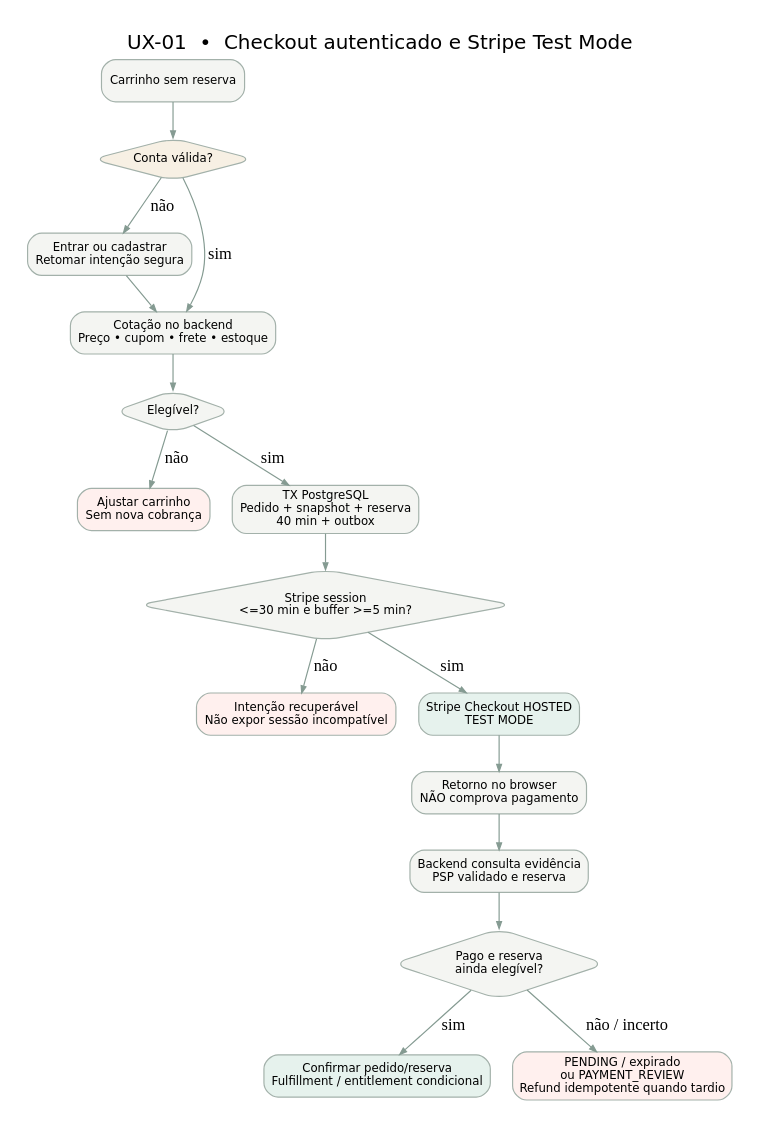
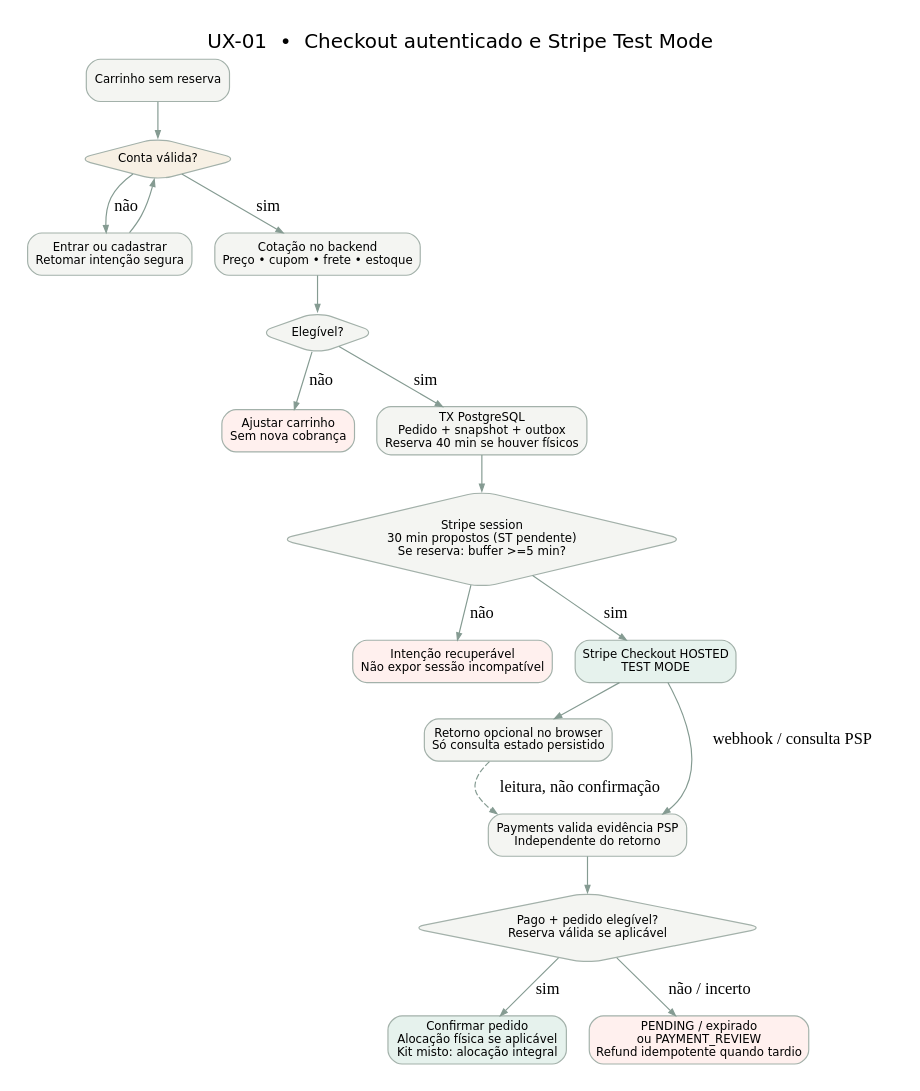
The diagram in docs/05-engineering/fd03/diagrams/UX-01-checkout-autenticado.dot (Igor475/atlas-commerce), drawn with Graphviz before and after one commit. The commit also changed 14 other files, not shown here.

```diff
--- a/docs/05-engineering/fd03/diagrams/UX-01-checkout-autenticado.dot
+++ b/docs/05-engineering/fd03/diagrams/UX-01-checkout-autenticado.dot
@@ -1,15 +1,17 @@
 digraph UX01 { graph [rankdir=TB bgcolor=white pad="0.22" nodesep="0.26" ranksep="0.4" fontname="DejaVu Sans" label="UX-01  •  Checkout autenticado e Stripe Test Mode" labelloc=t fontsize=17]; node [shape=box style="rounded,filled" fillcolor="#f4f5f2" color="#a3b1aa" fontname="DejaVu Sans" fontsize=10]; edge [color="#859b92" arrowsize=.6]; a [label="Carrinho sem reserva"]; b [shape=diamond label="Conta válida?" fillcolor="#f7f0e4"]; c [label="Entrar ou cadastrar
 Retomar intenção segura"]; d [label="Cotação no backend
 Preço • cupom • frete • estoque"]; e [shape=diamond label="Elegível?"]; f [label="Ajustar carrinho
 Sem nova cobrança",fillcolor="#fff0ee"]; g [label="TX PostgreSQL
-Pedido + snapshot + reserva
-40 min + outbox"]; h [shape=diamond label="Stripe session
-<=30 min e buffer >=5 min?"]; i [label="Intenção recuperável
+Pedido + snapshot + outbox
+Reserva 40 min se houver físicos"]; h [shape=diamond label="Stripe session
+30 min propostos (ST pendente)
+Se reserva: buffer >=5 min?"]; i [label="Intenção recuperável
 Não expor sessão incompatível",fillcolor="#fff0ee"]; j [label="Stripe Checkout HOSTED
-TEST MODE",fillcolor="#e6f2ed"]; k [label="Retorno no browser
-NÃO comprova pagamento"]; l [label="Backend consulta evidência
-PSP validado e reserva"]; m [shape=diamond label="Pago e reserva
-ainda elegível?"]; n [label="Confirmar pedido/reserva
-Fulfillment / entitlement condicional",fillcolor="#e6f2ed"]; o [label="PENDING / expirado
+TEST MODE",fillcolor="#e6f2ed"]; k [label="Retorno opcional no browser
+Só consulta estado persistido"]; l [label="Payments valida evidência PSP
+Independente do retorno"]; m [shape=diamond label="Pago + pedido elegível?
+Reserva válida se aplicável"]; n [label="Confirmar pedido
+Alocação física se aplicável
+Kit misto: alocação integral",fillcolor="#e6f2ed"]; o [label="PENDING / expirado
 ou PAYMENT_REVIEW
-Refund idempotente quando tardio",fillcolor="#fff0ee"]; a->b;b->d [label="sim"];b->c [label="não"];c->d;d->e;e->f [label="não"];e->g [label="sim"];g->h;h->i [label="não"];h->j [label="sim"];j->k;k->l;l->m;m->n [label="sim"];m->o [label="não / incerto"]; }
+Refund idempotente quando tardio",fillcolor="#fff0ee"]; a->b;b->d [label="sim"];b->c [label="não"];c->b;d->e;e->f [label="não"];e->g [label="sim"];g->h;h->i [label="não"];h->j [label="sim"];j->k;j->l [label="webhook / consulta PSP"];k->l [style=dashed label="leitura, não confirmação"];l->m;m->n [label="sim"];m->o [label="não / incerto"]; }
```
